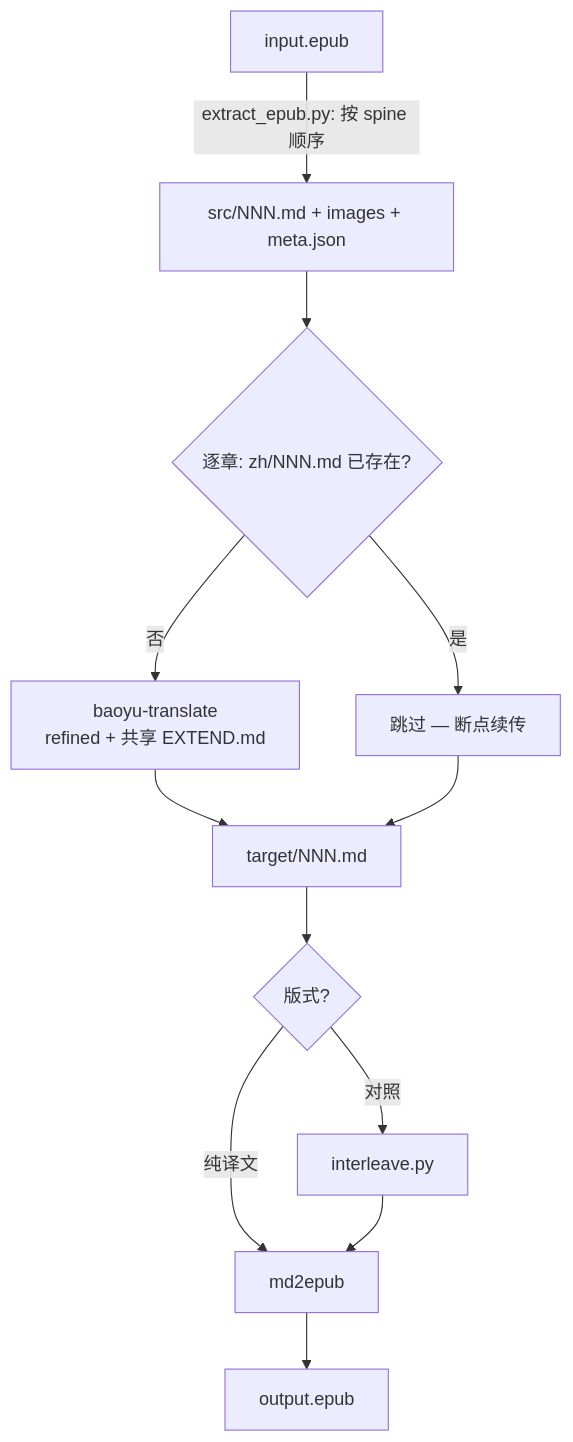
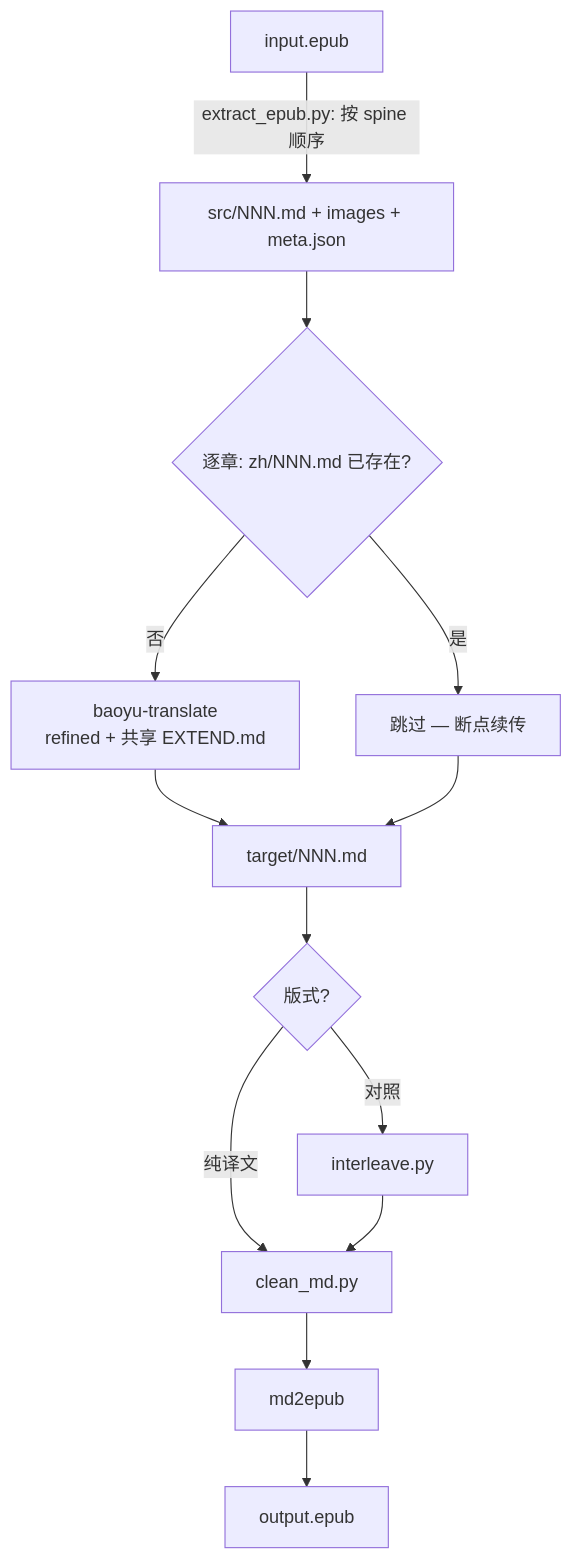
The diagram in epub-translate/README.zh-CN.md (yuchou87/skills), drawn with Mermaid before and after one commit. The commit also changed other lines of this file and 3 other files, not shown here.

First line of the commit message:
epub-translate: add clean_md.py packaging pass (v1.2.0)

````diff
--- a/epub-translate/README.zh-CN.md
+++ b/epub-translate/README.zh-CN.md
@@ -72,13 +72,14 @@
 ```mermaid
 flowchart TD
     A[input.epub] -->|extract_epub.py: 按 spine 顺序| B[src/NNN.md + images + meta.json]
     B --> C{逐章: zh/NNN.md 已存在?}
     C -->|是| D[跳过 — 断点续传]
     C -->|否| E[baoyu-translate<br/>refined + 共享 EXTEND.md]
     E --> F[target/NNN.md]
     D --> F
     F --> G{版式?}
-    G -->|纯译文| H[md2epub]
-    G -->|对照| I[interleave.py] --> H
+    G -->|纯译文| K[clean_md.py]
+    G -->|对照| I[interleave.py] --> K
+    K --> H[md2epub]
     H --> J[output.epub]
 ```
````
